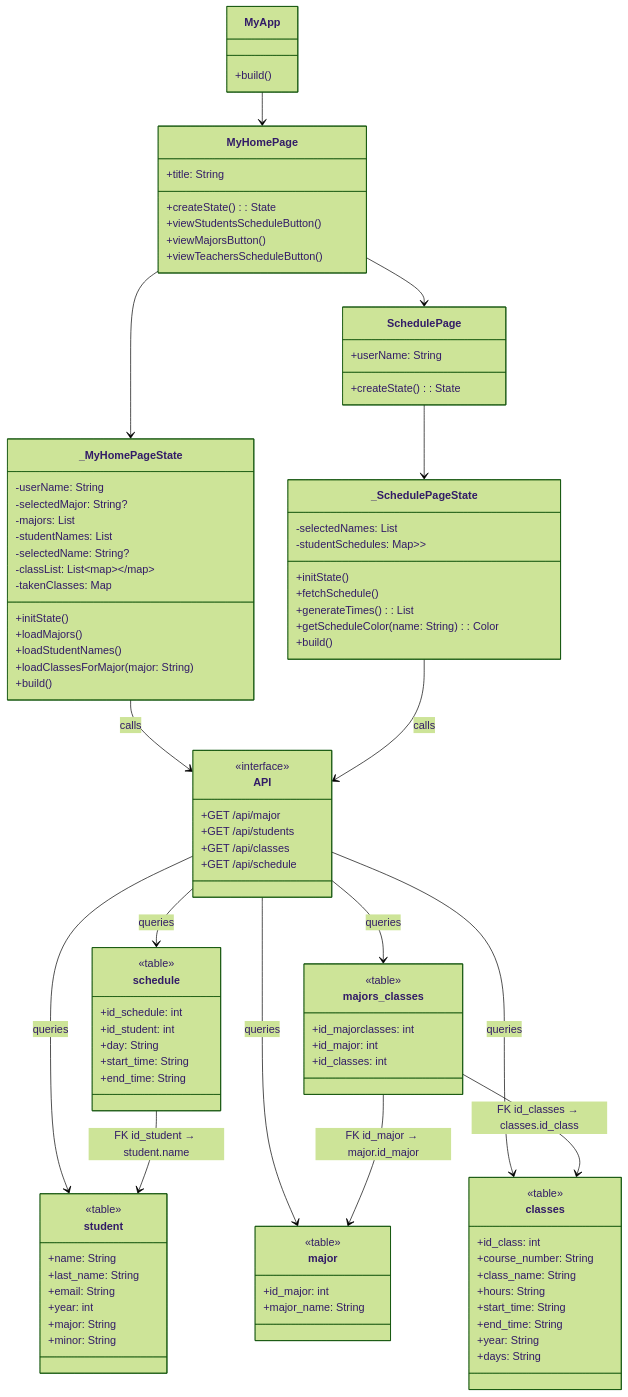
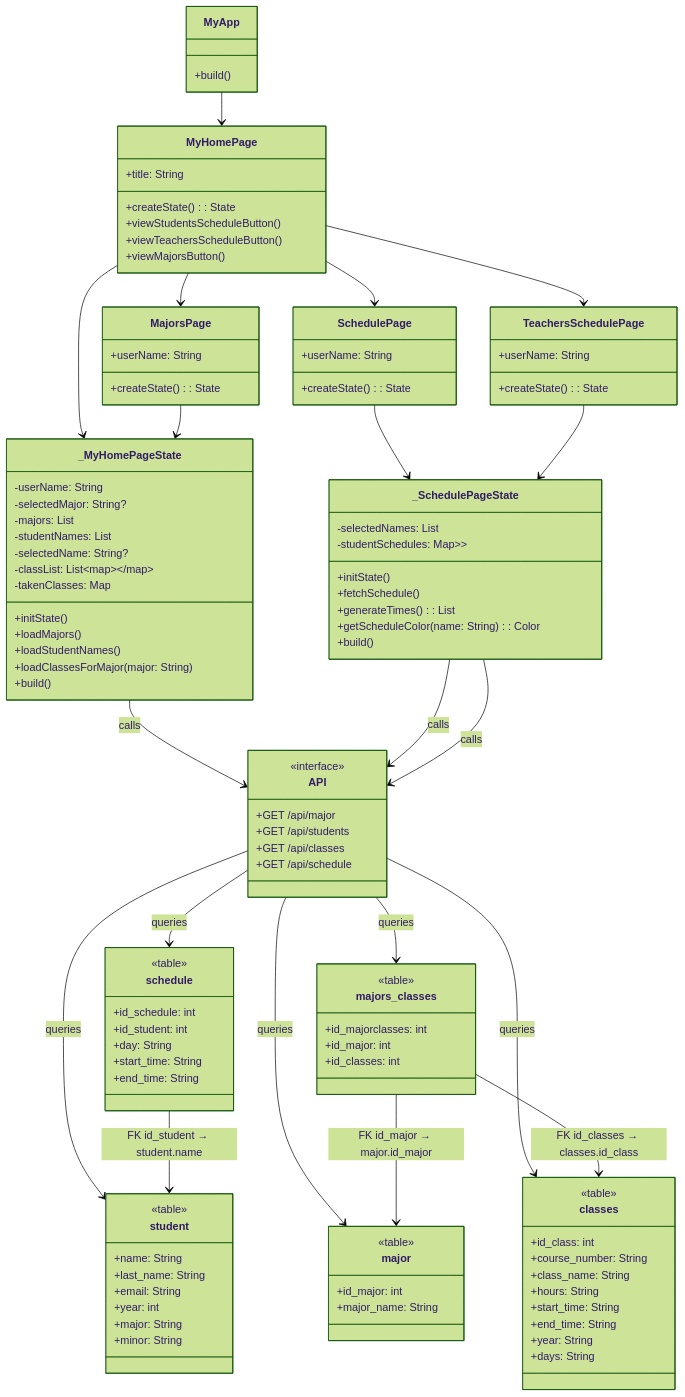
Before and after one commit to Isahepi/SchedulingClasses: the diagram in README1.md, drawn with Mermaid (forest theme).

Commit message:
Update README1.md
last one

````diff
--- a/README1.md
+++ b/README1.md
@@ -21,8 +21,8 @@
         +title: String
         +createState(): State
         +viewStudentsScheduleButton()
+        +viewTeachersScheduleButton()
         +viewMajorsButton()
-        +viewTeachersScheduleButton()
     }
 
     class _MyHomePageState {
@@ -41,6 +41,14 @@
     }
 
     class SchedulePage {
+        +userName: String
+        +createState(): State
+    }
+    class TeachersSchedulePage {
+        +userName: String
+        +createState(): State
+    }
+    class MajorsPage {
         +userName: String
         +createState(): State
     }
@@ -112,10 +120,15 @@
     MyApp --> MyHomePage
     MyHomePage --> _MyHomePageState
     MyHomePage --> SchedulePage
+    MyHomePage --> TeachersSchedulePage
+    MyHomePage --> MajorsPage
 
     SchedulePage --> _SchedulePageState
+    TeachersSchedulePage --> _SchedulePageState
+    MajorsPage --> _MyHomePageState
 
     _MyHomePageState --> API : calls
+    _SchedulePageState --> API : calls
     _SchedulePageState --> API : calls
 
     %% API to DB Queries
@@ -129,6 +142,4 @@
     schedule --> student : FK id_student → student.name
     majors_classes --> major : FK id_major → major.id_major
     majors_classes --> classes : FK id_classes → classes.id_class
-
-
 ```
````
